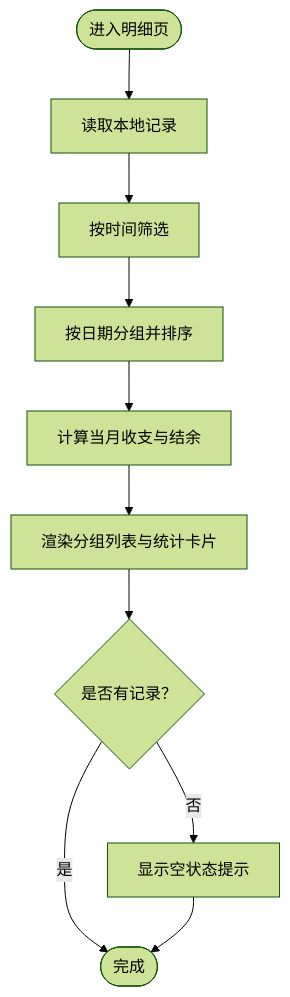
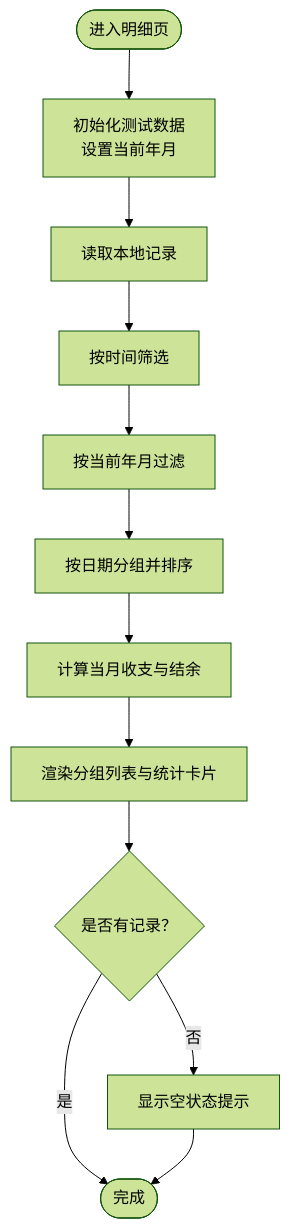
One commit to shisfish/miaobill changed the fifth of 8 diagrams in .qoder/repowiki/zh/content/页面组件详解/页面组件详解.md. Above: the diagram before and after it, drawn with Mermaid (forest theme). The commit also changed other lines of this file and 18 other files, not shown here.

````diff
--- a/.qoder/repowiki/zh/content/页面组件详解/页面组件详解.md
+++ b/.qoder/repowiki/zh/content/页面组件详解/页面组件详解.md
@@ -205,12 +212,14 @@
 ```mermaid
 flowchart TD
-Enter(["进入明细页"]) --> Load["读取本地记录"]
+Enter(["进入明细页"]) --> Init["初始化测试数据<br/>设置当前年月"]
+Init --> Load["读取本地记录"]
 Load --> Filter["按时间筛选"]
-Filter --> Group["按日期分组并排序"]
+Filter --> MonthFilter["按当前年月过滤"]
+MonthFilter --> Group["按日期分组并排序"]
 Group --> MonthStats["计算当月收支与结余"]
 MonthStats --> Render["渲染分组列表与统计卡片"]
 Render --> Empty{"是否有记录？"}
 Empty -- 是 --> Done(["完成"])
 Empty -- 否 --> ShowEmpty["显示空状态提示"]
 ShowEmpty --> Done
 ```
````
